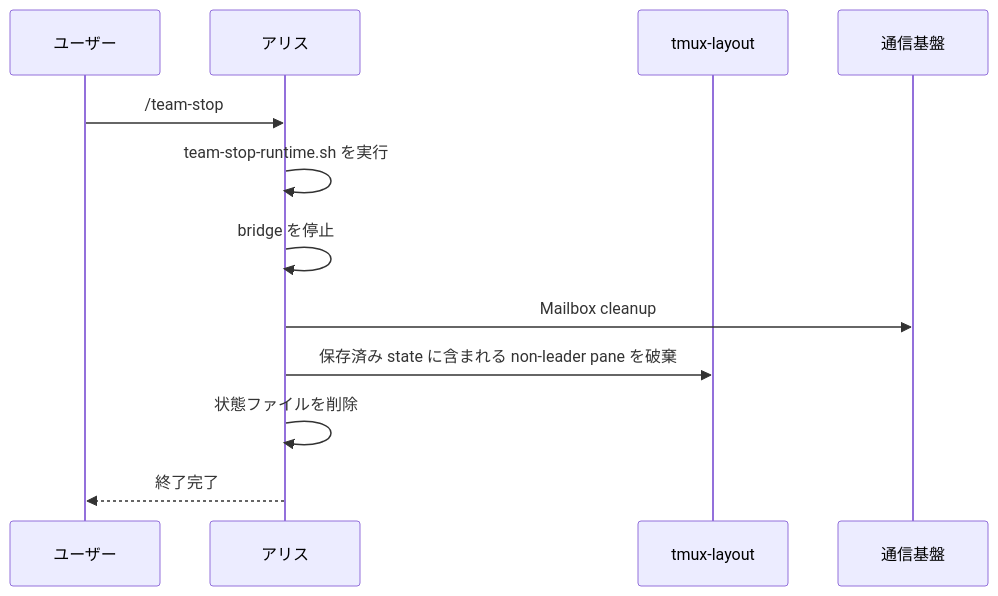
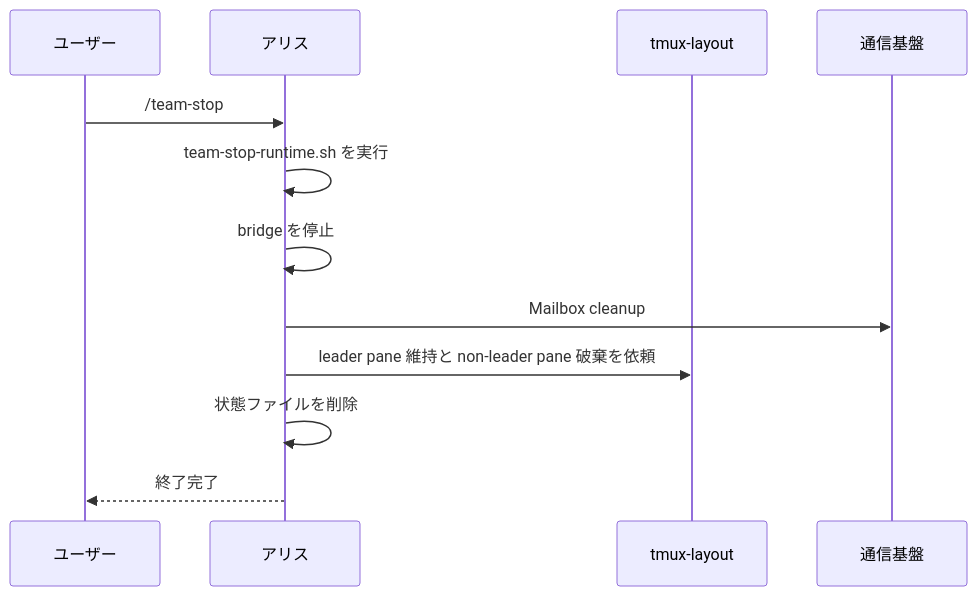
The fourth of 4 diagrams in team-management/docs/SPEC.md (motivo-solutions/agent-team), drawn with Mermaid before and after one commit. The commit also changed other lines of this file and 5 other files, not shown here.

Commit message:
Refine team-stop-runtime and related skills to maintain leader pane during cleanup

````diff
--- a/team-management/docs/SPEC.md
+++ b/team-management/docs/SPEC.md
@@ -80,15 +79,15 @@
 ```mermaid
 sequenceDiagram
     participant U as ユーザー
     participant A as アリス
     participant TL as tmux-layout
     participant CM as 通信基盤
 
     U->>A: /team-stop
     A->>A: team-stop-runtime.sh を実行
     A->>A: bridge を停止
     A->>CM: Mailbox cleanup
-    A->>TL: 保存済み state に含まれる non-leader pane を破棄
+    A->>TL: leader pane 維持と non-leader pane 破棄を依頼
     A->>A: 状態ファイルを削除
     A-->>U: 終了完了
 ```
````
